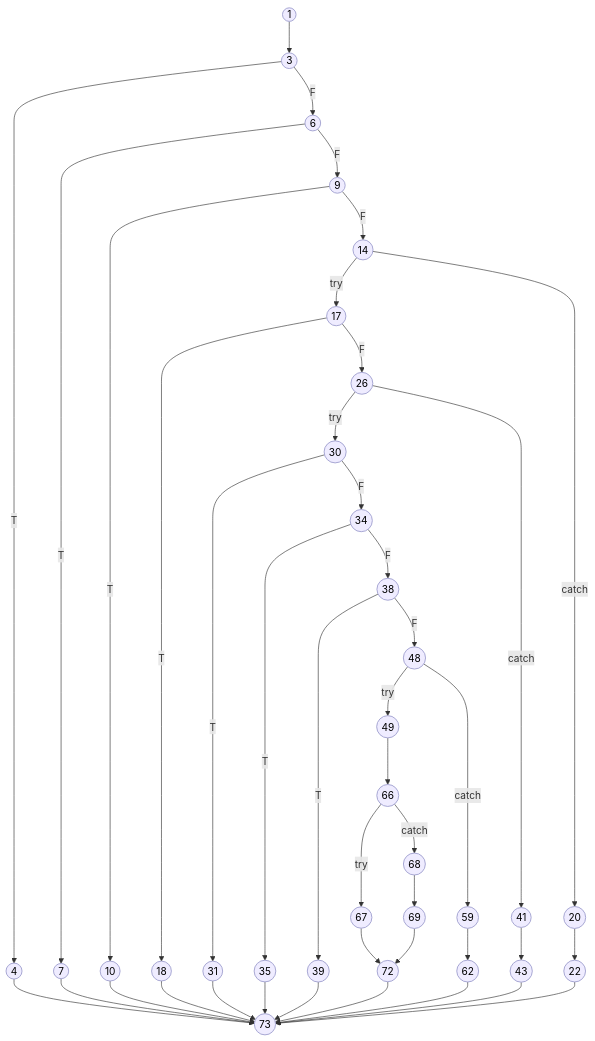
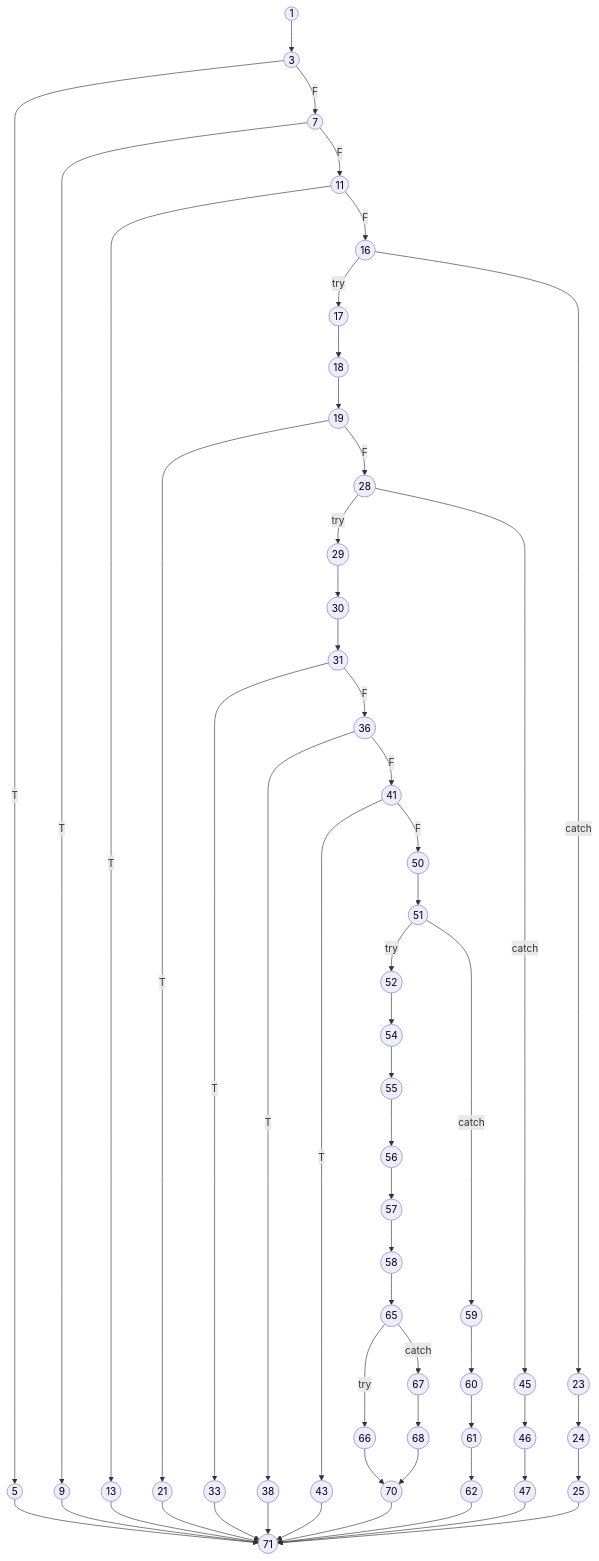
Before and after one commit to aryanhrc3428/Semester-5: the diagram in SE/ideathon/pseudocode/flowcharts/UC-13.mmd, drawn with Mermaid. The commit also changed 48 other files, not shown here.

```diff
--- a/SE/ideathon/pseudocode/flowcharts/UC-13.mmd
+++ b/SE/ideathon/pseudocode/flowcharts/UC-13.mmd
@@ -1,64 +1,82 @@
 graph TD
     %% Base styling matching the reference CFG style
     classDef default fill:#efecff,stroke:#a3a3d1,stroke-width:1.5px,color:#000;
     
     1((1)) --> 3((3))
     
-    3 -- T --> 4((4))
-    3 -- F --> 6((6))
+    3 -- T --> 5((5))
+    3 -- F --> 7((7))
     
-    6 -- T --> 7((7))
-    6 -- F --> 9((9))
+    7 -- T --> 9((9))
+    7 -- F --> 11((11))
     
-    9 -- T --> 10((10))
-    9 -- F --> 14((14))
+    11 -- T --> 13((13))
+    11 -- F --> 16((16))
     
-    14 -- try --> 17((17))
-    14 -- catch --> 20((20))
+    16 -- try --> 17((17))
+    16 -- catch --> 23((23))
     
-    17 -- T --> 18((18))
-    17 -- F --> 26((26))
+    17 --> 18((18))
+    18 --> 19((19))
     
-    20 --> 22((22))
+    19 -- T --> 21((21))
+    19 -- F --> 28((28))
     
-    26 -- try --> 30((30))
-    26 -- catch --> 41((41))
+    23 --> 24((24))
+    24 --> 25((25))
     
-    30 -- T --> 31((31))
-    30 -- F --> 34((34))
+    28 -- try --> 29((29))
+    28 -- catch --> 45((45))
     
-    34 -- T --> 35((35))
-    34 -- F --> 38((38))
+    29 --> 30((30))
+    30 --> 31((31))
     
-    38 -- T --> 39((39))
-    38 -- F --> 48((48))
+    31 -- T --> 33((33))
+    31 -- F --> 36((36))
     
-    41 --> 43((43))
+    36 -- T --> 38((38))
+    36 -- F --> 41((41))
     
-    48 -- try --> 49((49))
-    48 -- catch --> 59((59))
+    41 -- T --> 43((43))
+    41 -- F --> 50((50))
     
-    49 --> 66((66))
+    45 --> 46((46))
+    46 --> 47((47))
     
-    59 --> 62((62))
+    50 --> 51((51))
     
-    66 -- try --> 67((67))
-    66 -- catch --> 68((68))
+    51 -- try --> 52((52))
+    51 -- catch --> 59((59))
     
-    67 --> 72((72))
+    52 --> 54((54))
+    54 --> 55((55))
+    55 --> 56((56))
+    56 --> 57((57))
+    57 --> 58((58))
     
-    68 --> 69((69))
-    69 --> 72
+    58 --> 65((65))
     
-    %% Terminal error returns and catches syncing to the final end node
-    4 --> 73((73))
-    7 --> 73
-    10 --> 73
-    18 --> 73
-    22 --> 73
-    31 --> 73
-    35 --> 73
-    39 --> 73
-    43 --> 73
-    62 --> 73
-    72 --> 73
+    59 --> 60((60))
+    60 --> 61((61))
+    61 --> 62((62))
+    
+    65 -- try --> 66((66))
+    65 -- catch --> 67((67))
+    
+    66 --> 70((70))
+    
+    67 --> 68((68))
+    68 --> 70
+    
+    %% Terminal error returns and catches syncing to the final end node (71)
+    5 --> 71((71))
+    9 --> 71
+    13 --> 71
+    21 --> 71
+    25 --> 71
+    33 --> 71
+    38 --> 71
+    43 --> 71
+    47 --> 71
+    62 --> 71
+    70 --> 71
```
